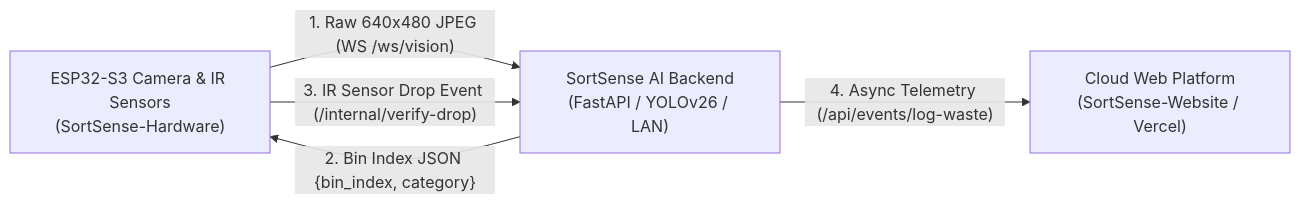
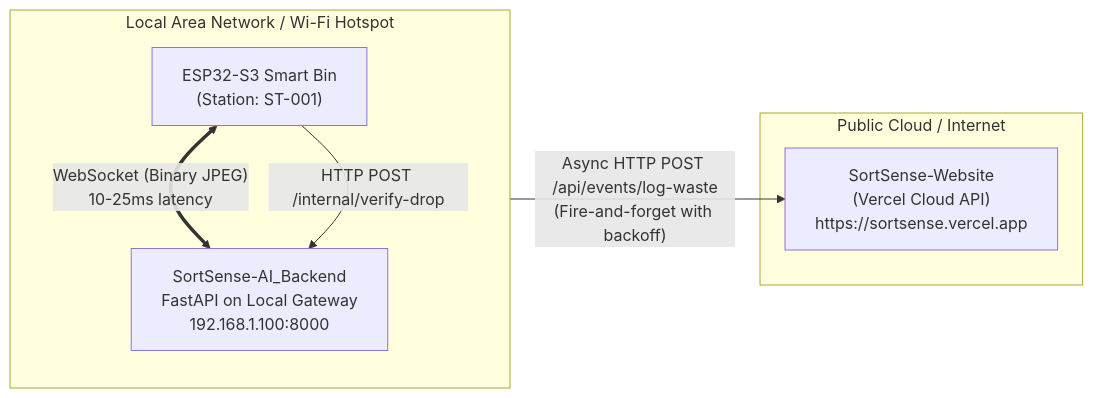
Before and after one commit to SortSense/SortSense-AI_Backend: the second of 4 diagrams in explanation.md, drawn with Mermaid. The commit also changed other lines of this file, not shown here.

Commit message:
docs: expand explanation.md with end-to-end architecture, workflow, and technical details

````diff
--- a/explanation.md
+++ b/explanation.md
@@ -10,11 +129,16 @@
 ```mermaid
 flowchart LR
-    ESP["ESP32-S3 Camera & IR Sensors\n(SortSense-Hardware)"]
-    AI["SortSense AI Backend\n(FastAPI / YOLOv26 / LAN)"]
-    Cloud["Cloud Web Platform\n(SortSense-Website / Vercel)"]
+    subgraph LAN ["Local Area Network / Wi-Fi Hotspot"]
+        direction TB
+        Hardware["ESP32-S3 Smart Bin\n(Station: ST-001)"]
+        Backend["SortSense-AI_Backend\nFastAPI on Local Gateway\n192.168.1.100:8000"]
+        Hardware <== "WebSocket (Binary JPEG)\n10-25ms latency" ==> Backend
+        Hardware -- "HTTP POST /internal/verify-drop" --> Backend
+    end
 
-    ESP -- "1. Raw 640x480 JPEG (WS /ws/vision)" --> AI
-    AI -- "2. Bin Index JSON {bin_index, category}" --> ESP
-    ESP -- "3. IR Sensor Drop Event (/internal/verify-drop)" --> AI
-    AI -- "4. Async Telemetry (/api/events/log-waste)" --> Cloud
+    subgraph WAN ["Public Cloud / Internet"]
+        Cloud["SortSense-Website\n(Vercel Cloud API)\nhttps://sortsense.vercel.app"]
+    end
+
+    Backend -- "Async HTTP POST /api/events/log-waste\n(Fire-and-forget with backoff)" --> Cloud
 ```
````
